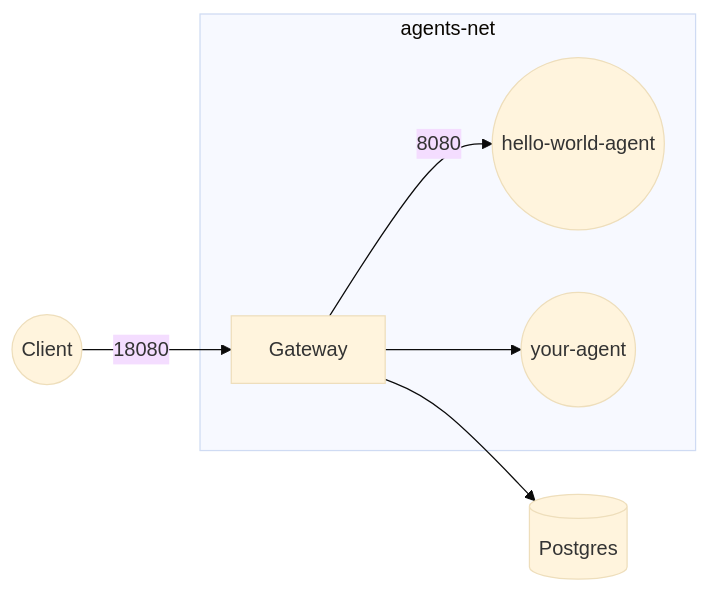
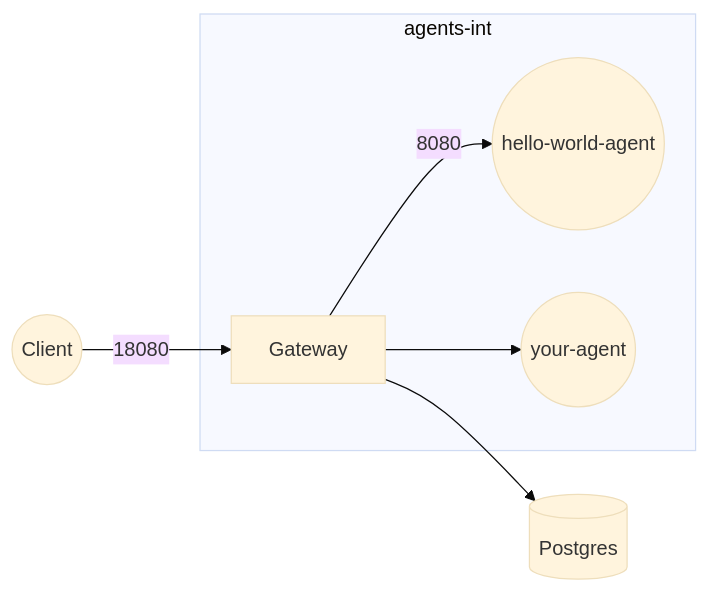
The diagram in README.md (agentsystems/agent-control-plane), drawn with Mermaid (base theme) before and after one commit. The commit also changed other lines of this file and 1 other file, not shown here.

````diff
--- a/README.md
+++ b/README.md
@@ -24,10 +24,10 @@
 ```mermaid
 graph LR
   C((Client)) -- 18080 --> G[Gateway]
-  subgraph "agents-net"
+  subgraph "agents-int"
     G -- 8080 --> A1((hello-world-agent))
     G --> A2((your-agent))
   end
   G --> PG[(Postgres)]
 
 ```
````
